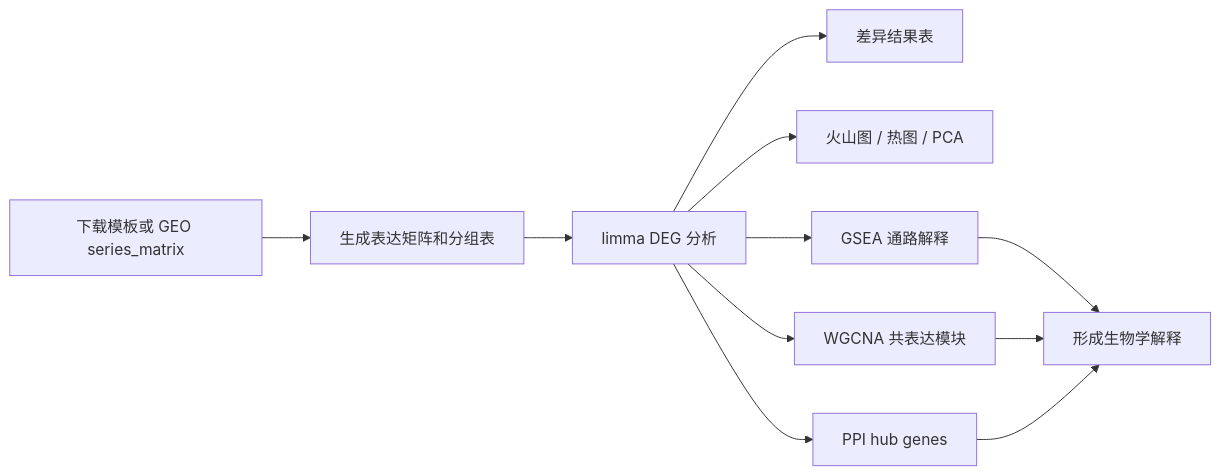
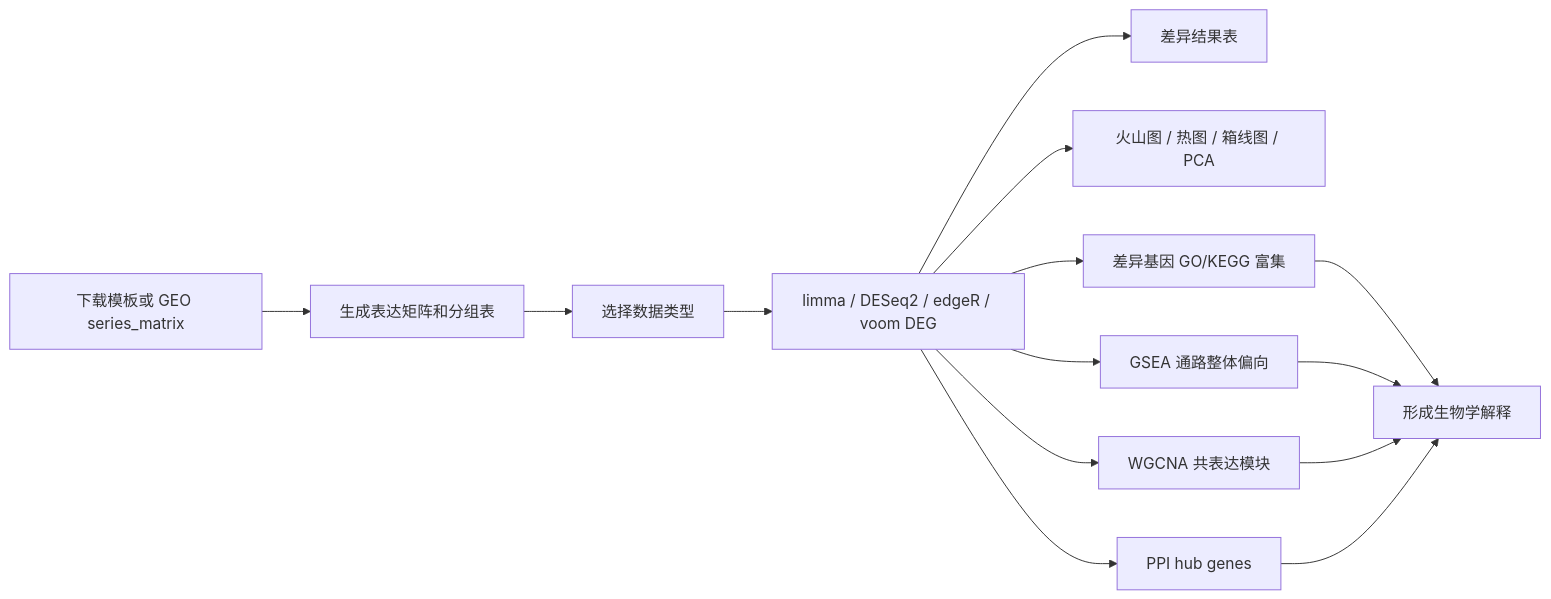
The diagram in README.md (HaPiJiucHi/bioinsight-oneclick), drawn with Mermaid before and after one commit. The commit also changed other lines of this file and 8 other files, not shown here.

````diff
--- a/README.md
+++ b/README.md
@@ -45,13 +54,16 @@
 ```mermaid
 flowchart LR
   A["下载模板或 GEO series_matrix"] --> B["生成表达矩阵和分组表"]
-  B --> C["limma DEG 分析"]
-  C --> D["差异结果表"]
-  C --> E["火山图 / 热图 / PCA"]
-  C --> F["GSEA 通路解释"]
-  C --> G["WGCNA 共表达模块"]
-  C --> H["PPI hub genes"]
-  F --> I["形成生物学解释"]
-  G --> I
-  H --> I
+  B --> C["选择数据类型"]
+  C --> D["limma / DESeq2 / edgeR / voom DEG"]
+  D --> E["差异结果表"]
+  D --> F["火山图 / 热图 / 箱线图 / PCA"]
+  D --> G["差异基因 GO/KEGG 富集"]
+  D --> H["GSEA 通路整体偏向"]
+  D --> I["WGCNA 共表达模块"]
+  D --> J["PPI hub genes"]
+  G --> K["形成生物学解释"]
+  H --> K
+  I --> K
+  J --> K
 ```
````
